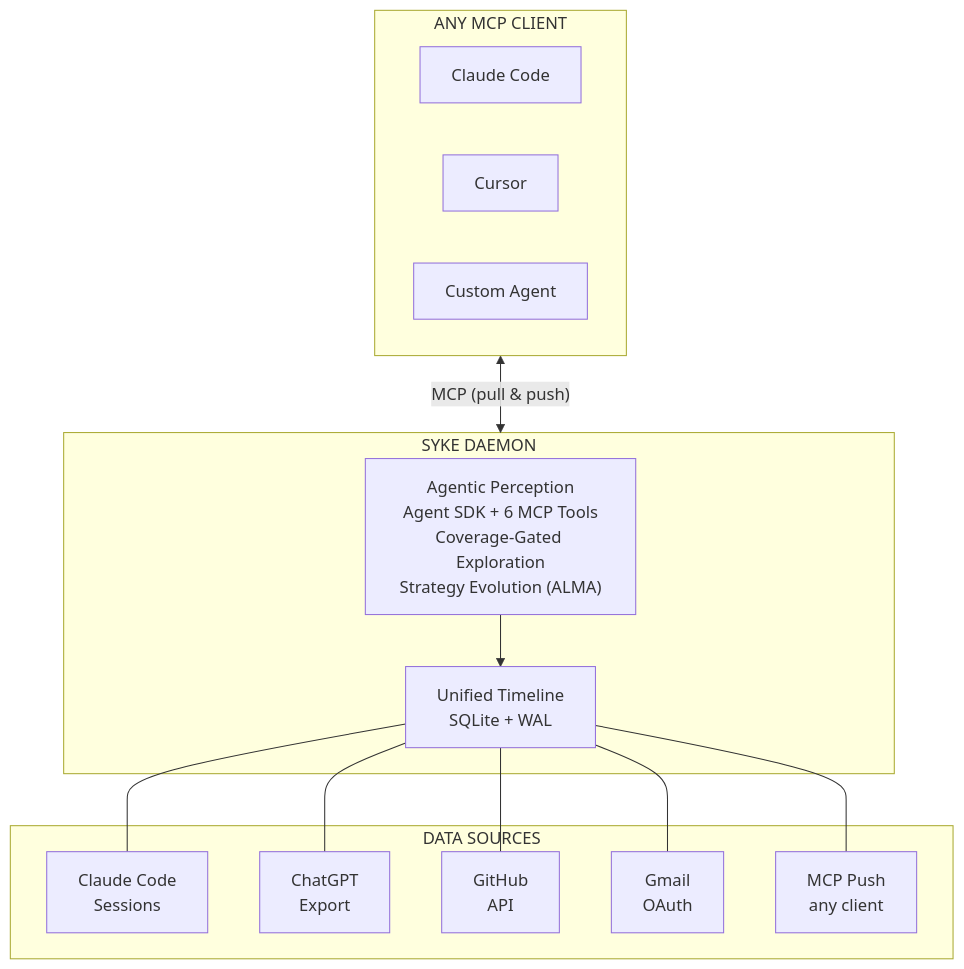
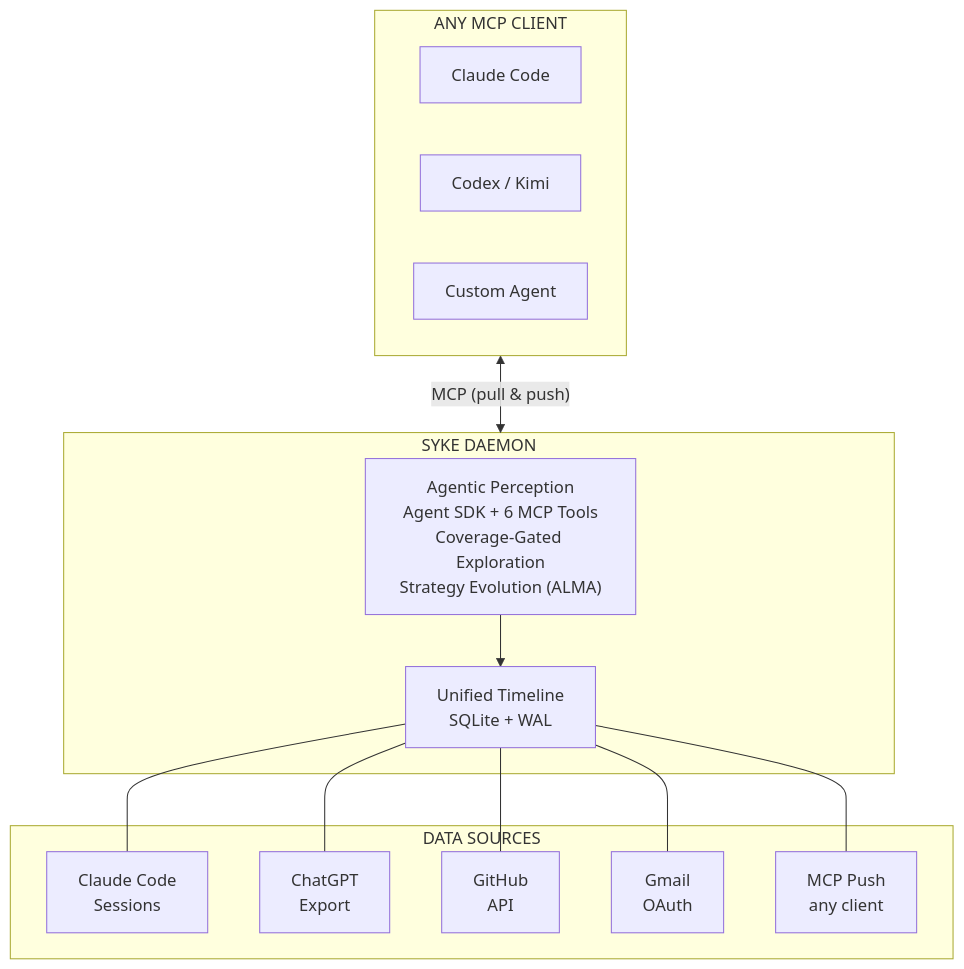
Before and after one commit to saxenauts/syke: the diagram in README.md, drawn with Mermaid. The commit also changed other lines of this file and 12 other files, not shown here.

````diff
--- a/README.md
+++ b/README.md
@@ -52,29 +52,29 @@
 ```mermaid
 graph TB
     subgraph Clients["ANY MCP CLIENT"]
         CC[Claude Code]
-        CU[Cursor]
+        CX[Codex / Kimi]
         CA[Custom Agent]
     end
 
     subgraph Syke["SYKE DAEMON"]
         IS["Agentic Perception<br/>Agent SDK + 6 MCP Tools<br/>Coverage-Gated Exploration<br/>Strategy Evolution (ALMA)"]
         TL["Unified Timeline<br/>SQLite + WAL"]
         IS --> TL
     end
 
     subgraph Sources["DATA SOURCES"]
         S1[Claude Code<br/>Sessions]
         S2[ChatGPT<br/>Export]
         S3[GitHub<br/>API]
         S4[Gmail<br/>OAuth]
         S5[MCP Push<br/>any client]
     end
 
     Clients <-->|"MCP (pull & push)"| Syke
     TL --- S1
     TL --- S2
     TL --- S3
     TL --- S4
     TL --- S5
 ```
````
